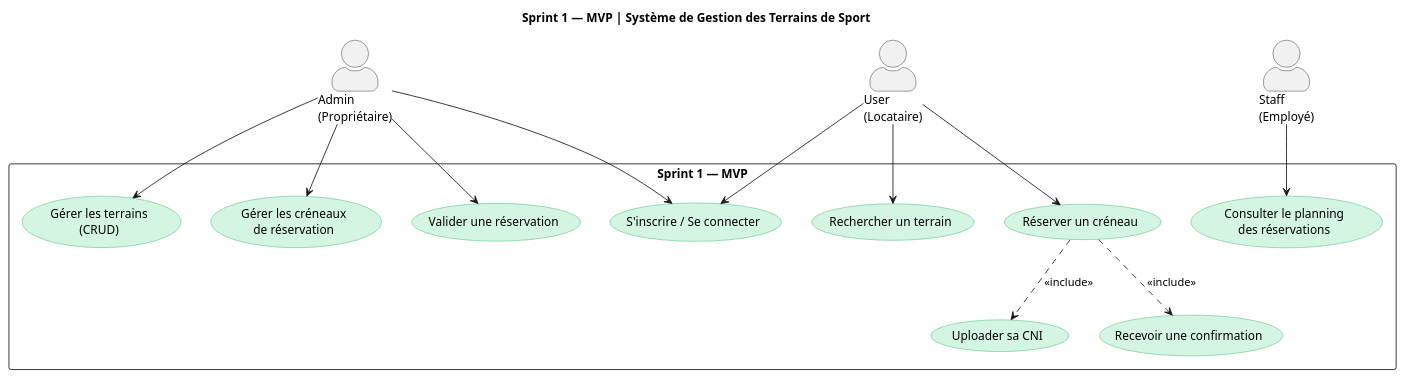
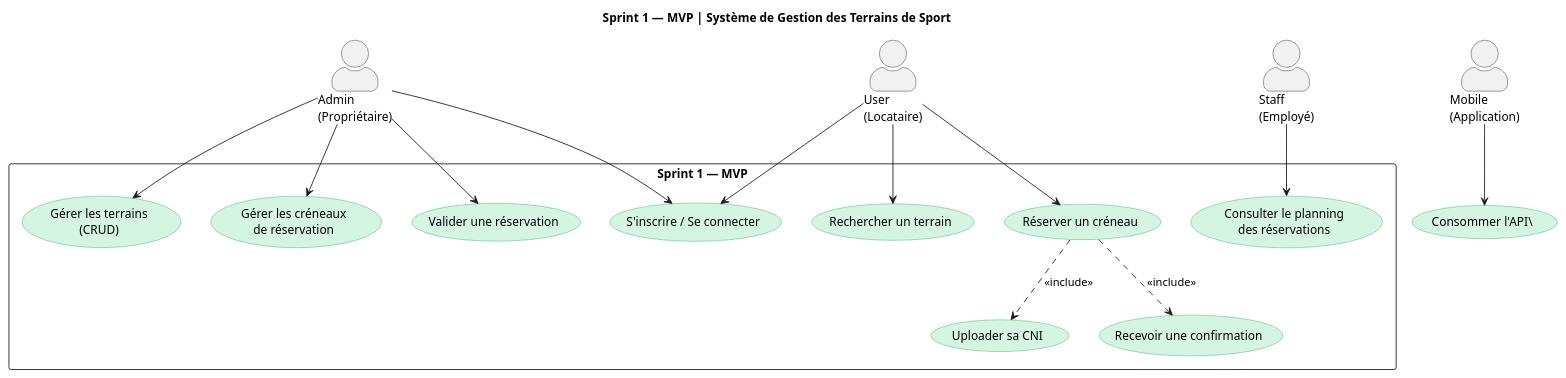
One commit to Adnane-x87/Project-Final changed the diagram in Analyse/cas_utilisation/cas_utilisation_sprints/Sprint1 mvp.puml. Above: the diagram before and after it, drawn with PlantUML.

```diff
--- a/Analyse/cas_utilisation/cas_utilisation_sprints/Sprint1 mvp.puml
+++ b/Analyse/cas_utilisation/cas_utilisation_sprints/Sprint1 mvp.puml
@@ -1,39 +1,44 @@
 @startuml
 title Sprint 1 — MVP | Système de Gestion des Terrains de Sport
 
 skinparam packageStyle rectangle
 skinparam actorStyle awesome
 skinparam usecase {
     BackgroundColor #D5F5E3
     BorderColor #27AE60
 }
 
 actor "Admin\n(Propriétaire)" as Admin
 actor "User\n(Locataire)" as User
 actor "Staff\n(Employé)" as Staff
 
 rectangle "Sprint 1 — MVP" {
     usecase "S'inscrire / Se connecter" as UC1
     usecase "Gérer les terrains\n(CRUD)" as UC2
     usecase "Gérer les créneaux\nde réservation" as UC3
     usecase "Valider une réservation" as UC4
     usecase "Rechercher un terrain" as UC5
     usecase "Réserver un créneau" as UC6
     usecase "Uploader sa CNI" as UC7
     usecase "Recevoir une confirmation" as UC8
     usecase "Consulter le planning\ndes réservations" as UC9
 }
 
 Admin --> UC1
 Admin --> UC2
 Admin --> UC3
 Admin --> UC4
 
 User --> UC1
 User --> UC5
 User --> UC6
 UC6 ..> UC7 : <<include>>
 UC6 ..> UC8 : <<include>>
 
 Staff --> UC9
+
+' Mobile actor and use case both outside the rectangle
+actor "Mobile\n(Application)" as Mobile
+usecase "Consommer l'API\" as UC10
+Mobile --> UC10
 @enduml
```
